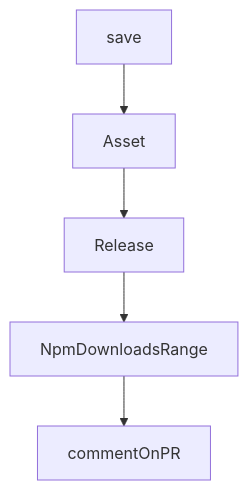
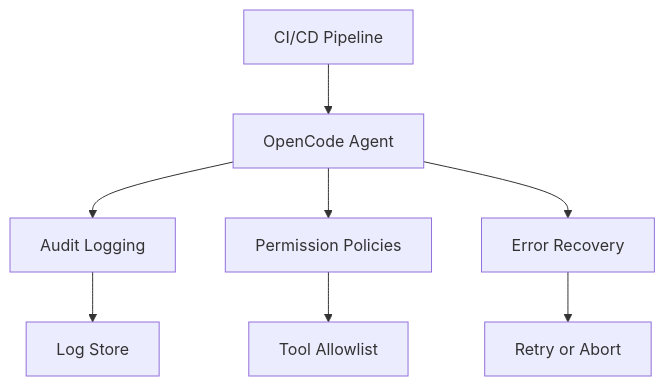
One commit to johnxie/awesome-code-docs changed the diagram in tutorials/opencode-tutorial/08-production-operations-security.md. Above: the diagram before and after it, drawn with Mermaid. The commit also changed other lines of this file and 1232 other files, not shown here.

````diff
--- a/tutorials/opencode-tutorial/08-production-operations-security.md
+++ b/tutorials/opencode-tutorial/08-production-operations-security.md
@@ -221,12 +53,10 @@
 ```mermaid
 flowchart TD
-    A[save]
-    B[Asset]
-    C[Release]
-    D[NpmDownloadsRange]
-    E[commentOnPR]
-    A --> B
-    B --> C
-    C --> D
-    D --> E
+    A[CI/CD Pipeline] --> B[OpenCode Agent]
+    B --> C[Audit Logging]
+    B --> D[Permission Policies]
+    D --> E[Tool Allowlist]
+    C --> F[Log Store]
+    B --> G[Error Recovery]
+    G --> H[Retry or Abort]
 ```
````
